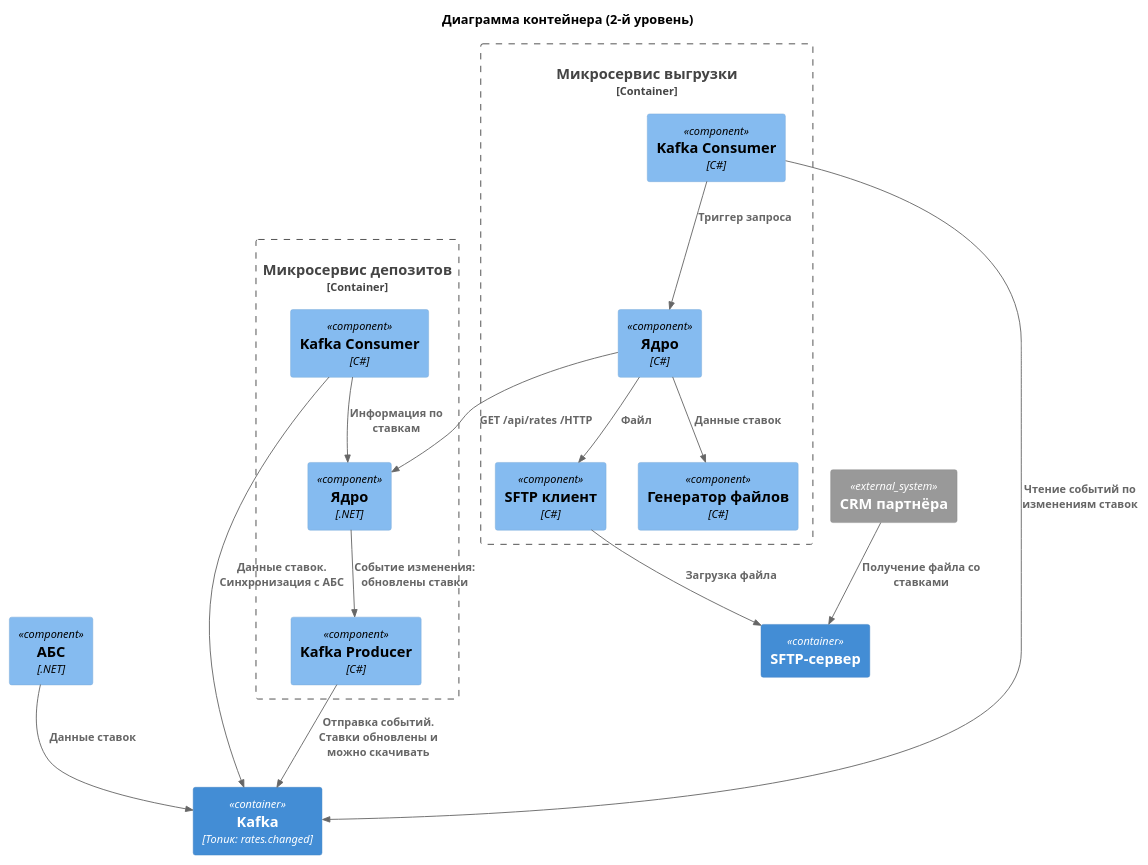
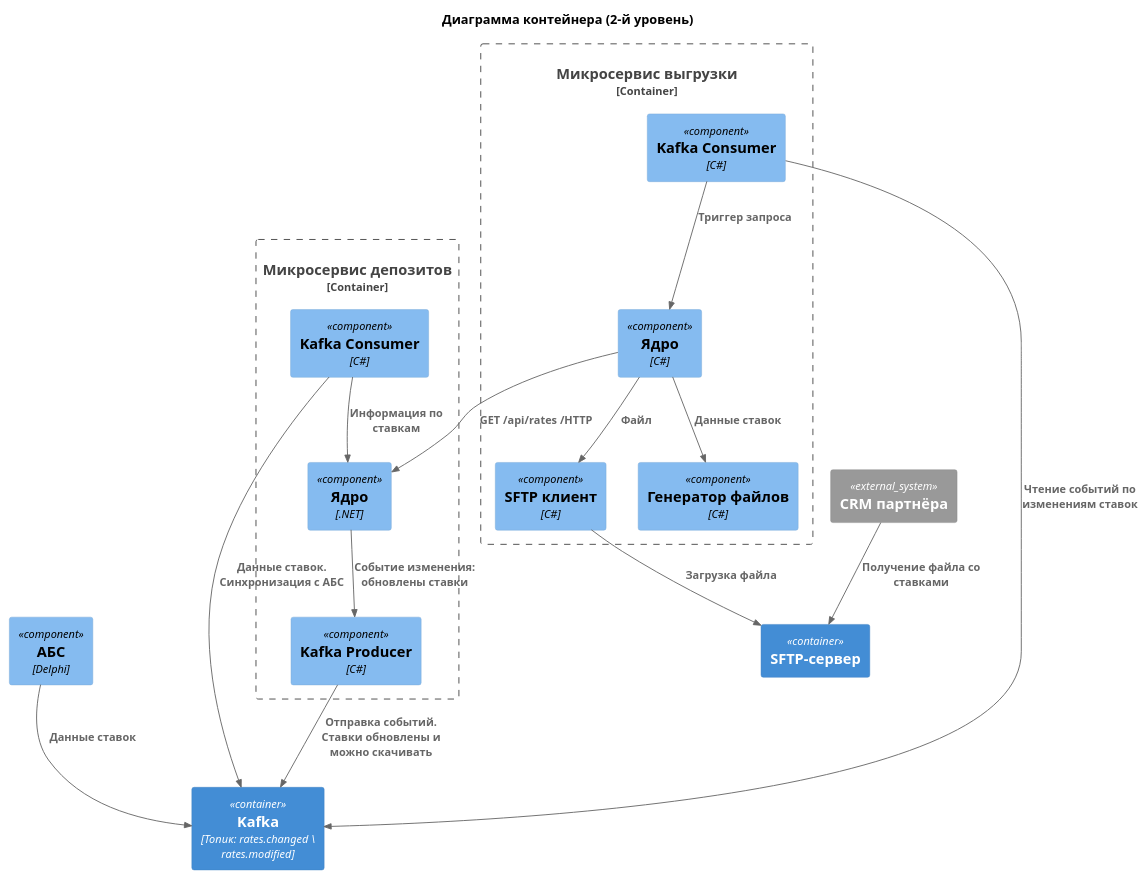
The diagram in task4/container.puml (bofeof/architecture-standart), drawn with PlantUML before and after one commit. The commit also changed 1 other file, not shown here.

Commit message:
fix: async c4 container schema

```diff
--- a/task4/container.puml
+++ b/task4/container.puml
@@ -1,42 +1,42 @@
 @startuml
 
 !include <C4/C4_Component>
 
 title Диаграмма контейнера (2-й уровень)
 
-Component(abs, "АБС", ".NET")
+Component(abs, "АБС", "Delphi")
 System_Ext(partnerCrm, "CRM партнёра")
 
 Container_Boundary(deposit, "Микросервис депозитов") {
     Component(kafkaConsumerDeposit, "Kafka Consumer", "C#")
     Component(kafkaProducer, "Kafka Producer", "C#")
     Component(core, "Ядро", ".NET")
 
     Rel(kafkaConsumerDeposit, core, "Информация по ставкам")
     Rel(core, kafkaProducer, "Событие изменения: обновлены ставки")
 }
 
 Container_Boundary(export_svc, "Микросервис выгрузки") {
     Component(sftpUploader, "SFTP клиент", "C#")
     Component(kafkaConsumer, "Kafka Consumer", "C#")
     Component(rate_fetcher, "Ядро", "C#")
     Component(file_generator, "Генератор файлов", "C#")
 
 
     Rel(kafkaConsumer, rate_fetcher, "Триггер запроса")
     Rel(rate_fetcher, core, "GET /api/rates /HTTP")
     Rel(rate_fetcher, file_generator, "Данные ставок")
     Rel(rate_fetcher, sftpUploader, "Файл")
 }
 
 
-Container(kafka, "Kafka", "Топик: rates.changed")
+Container(kafka, "Kafka", "Топик: rates.changed \ rates.modified")
 Container(sftp, "SFTP-сервер")
 
 Rel(kafkaConsumerDeposit, kafka,  "Данные ставок. Cинхронизация с АБС")
 Rel(abs, kafka, "Данные ставок")
 Rel(kafkaProducer, kafka, "Отправка событий. Ставки обновлены и можно скачивать")
 Rel(kafkaConsumer, kafka, "Чтение событий по изменениям ставок")
 Rel(sftpUploader, sftp, "Загрузка файла")
 Rel(partnerCrm, sftp, "Получение файла со ставками")
 @enduml
```
